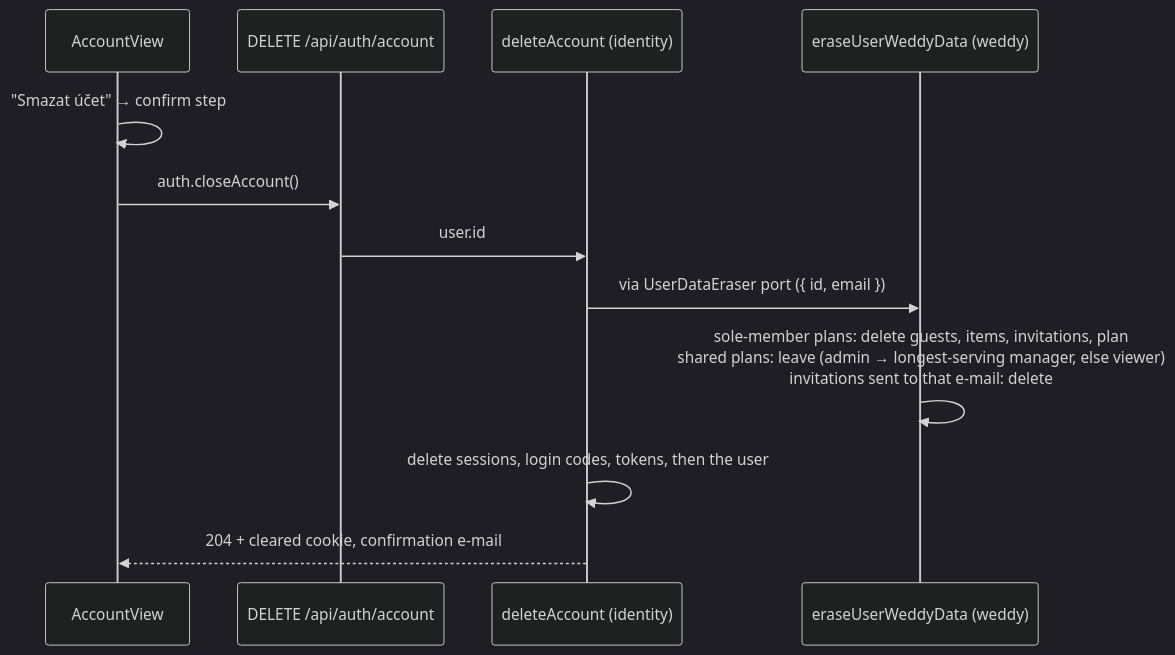
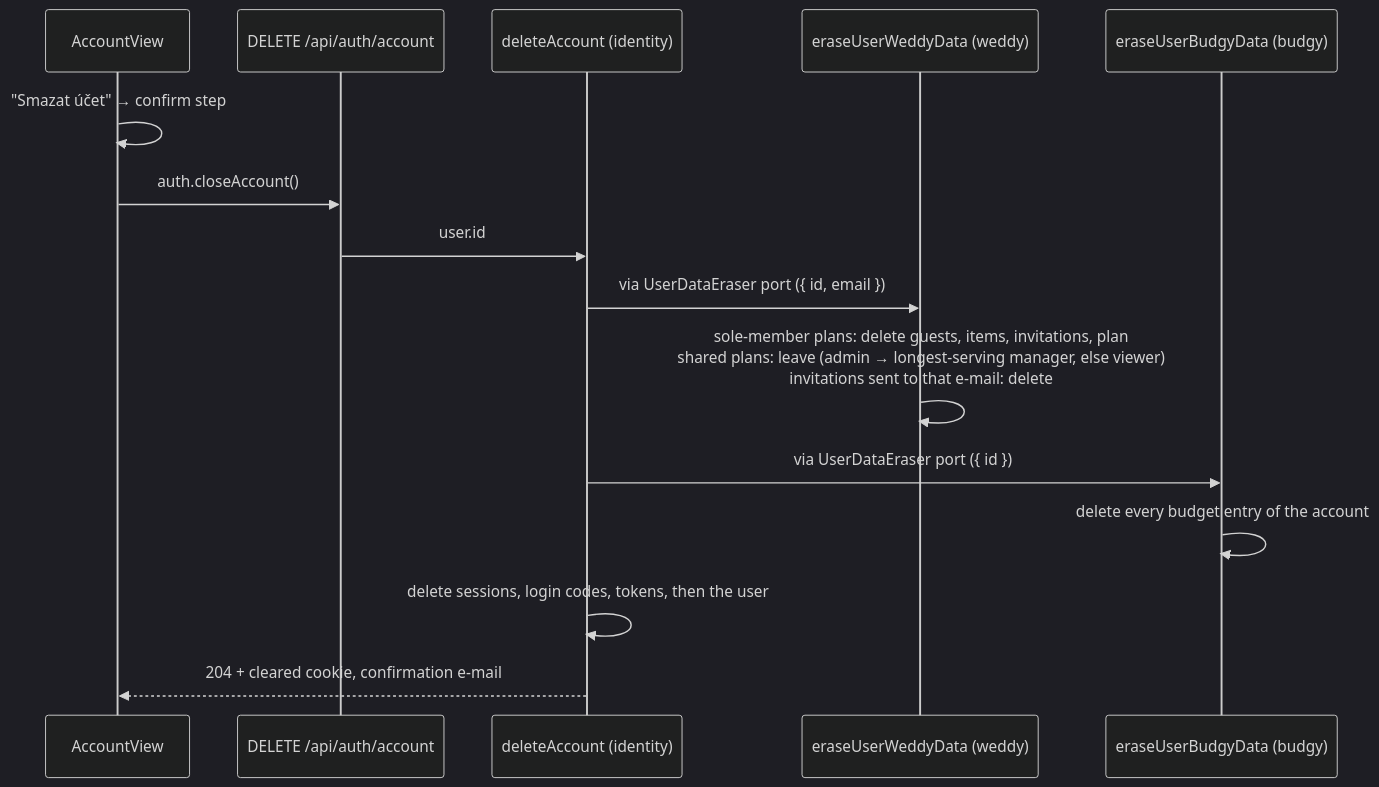
Before and after one commit to iziqq/fridrich.cloud: the diagram in doc/wiki/architecture/personalData.md, drawn with Mermaid (dark theme). The commit also changed other lines of this file and 78 other files, not shown here.

````diff
--- a/doc/wiki/architecture/personalData.md
+++ b/doc/wiki/architecture/personalData.md
@@ -96,14 +99,17 @@
 ```mermaid
 sequenceDiagram
     participant U as AccountView
     participant API as DELETE /api/auth/account
     participant A as deleteAccount (identity)
     participant W as eraseUserWeddyData (weddy)
+    participant B as eraseUserBudgyData (budgy)
     U->>U: "Smazat účet" → confirm step
     U->>API: auth.closeAccount()
     API->>A: user.id
     A->>W: via UserDataEraser port ({ id, email })
     W->>W: sole-member plans: delete guests, items, invitations, plan<br/>shared plans: leave (admin → longest-serving manager, else viewer)<br/>invitations sent to that e-mail: delete
+    A->>B: via UserDataEraser port ({ id })
+    B->>B: delete every budget entry of the account
     A->>A: delete sessions, login codes, tokens, then the user
     A-->>U: 204 + cleared cookie, confirmation e-mail
 ```
````
